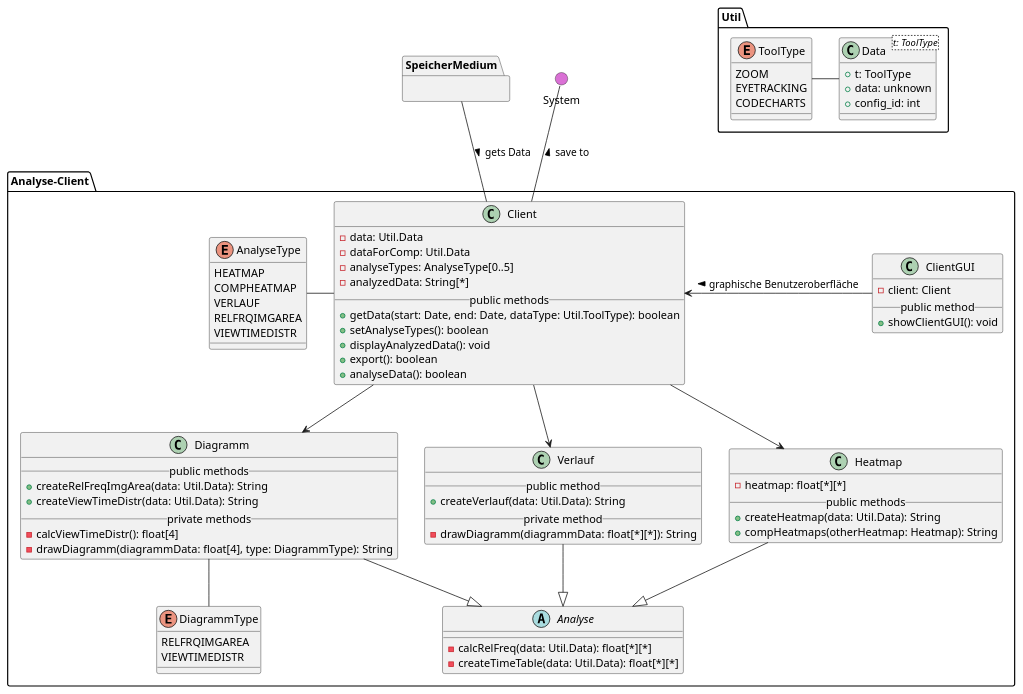
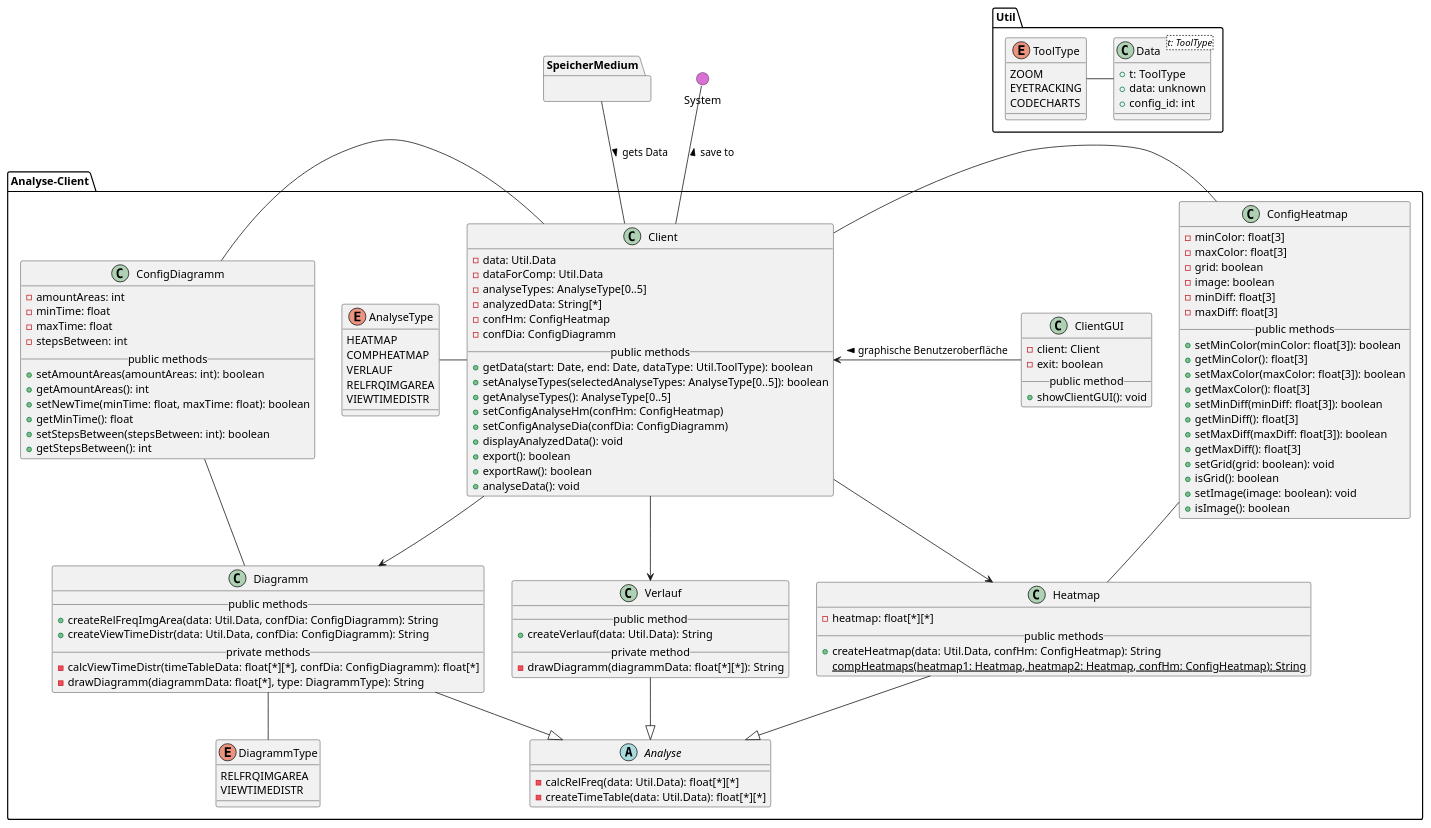
One commit to weichware-10/dokumente changed the diagram in uml-class/analyseclient/analyseclient.puml. Above: the diagram before and after it, drawn with PlantUML. The commit also changed 21 other files, not shown here.

First line of the commit message:
Änderungen Analyseclient UML & CRC (#7)

```diff
--- a/uml-class/analyseclient/analyseclient.puml
+++ b/uml-class/analyseclient/analyseclient.puml
@@ -1,118 +1,167 @@
 @startuml analyseclient
 
 ' === ANALYSE CLIENT ===
 package Analyse-Client{
 
     ' Client
     class Client {
         - data: Util.Data
         - dataForComp: Util.Data
         - analyseTypes: AnalyseType[0..5]
         - analyzedData: String[*]
+        - confHm: ConfigHeatmap
+        - confDia: ConfigDiagramm
         __public methods__
         + getData(start: Date, end: Date, dataType: Util.ToolType): boolean
-        + setAnalyseTypes(): boolean
+        + setAnalyseTypes(selectedAnalyseTypes: AnalyseType[0..5]): boolean
+        + getAnalyseTypes(): AnalyseType[0..5]
+        + setConfigAnalyseHm(confHm: ConfigHeatmap)
+        + setConfigAnalyseDia(confDia: ConfigDiagramm)
         + displayAnalyzedData(): void
         + export(): boolean
-        + analyseData(): boolean
+        + exportRaw(): boolean
+        + analyseData(): void
     }
 
     ' Analyse
     abstract Analyse {
         - calcRelFreq(data: Util.Data): float[*][*]
         - createTimeTable(data: Util.Data): float[*][*]
     }
 
     ' Heatmap
     class Heatmap {
         - heatmap: float[*][*]
         __public methods__
-        + createHeatmap(data: Util.Data): String
-        + compHeatmaps(otherHeatmap: Heatmap): String
+        + createHeatmap(data: Util.Data, confHm: ConfigHeatmap): String
+        {static} compHeatmaps(heatmap1: Heatmap, heatmap2: Heatmap, confHm: ConfigHeatmap): String
     }
 
     ' Verlauf
     class Verlauf {
         __public method__
         + createVerlauf(data: Util.Data): String
         __private method__
         - drawDiagramm(diagrammData: float[*][*]): String
     }
 
     ' Diagramm
     class Diagramm {
         __public methods__
-        + createRelFreqImgArea(data: Util.Data): String
-        + createViewTimeDistr(data: Util.Data): String
+        + createRelFreqImgArea(data: Util.Data, confDia: ConfigDiagramm): String
+        + createViewTimeDistr(data: Util.Data, confDia: ConfigDiagramm): String
         __private methods__
-        - calcViewTimeDistr(): float[4]
-        - drawDiagramm(diagrammData: float[4], type: DiagrammType): String
+        - calcViewTimeDistr(timeTableData: float[*][*], confDia: ConfigDiagramm): float[*]
+        - drawDiagramm(diagrammData: float[*], type: DiagrammType): String
+    }
+
+    ' ConfigDiagramm
+    class ConfigDiagramm {
+        - amountAreas: int
+        - minTime: float
+        - maxTime: float
+        - stepsBetween: int
+        __public methods__
+        + setAmountAreas(amountAreas: int): boolean
+        + getAmountAreas(): int
+        + setNewTime(minTime: float, maxTime: float): boolean
+        + getMinTime(): float
+        + setStepsBetween(stepsBetween: int): boolean
+        + getStepsBetween(): int
+    }
+
+    ' ConfigHeatmap
+    class ConfigHeatmap {
+        - minColor: float[3]
+        - maxColor: float[3]
+        - grid: boolean
+        - image: boolean
+        - minDiff: float[3]
+        - maxDiff: float[3]
+        __public methods__
+        + setMinColor(minColor: float[3]): boolean
+        + getMinColor(): float[3]
+        + setMaxColor(maxColor: float[3]): boolean
+        + getMaxColor(): float[3]
+        + setMinDiff(minDiff: float[3]): boolean
+        + getMinDiff(): float[3]
+        + setMaxDiff(maxDiff: float[3]): boolean
+        + getMaxDiff(): float[3]
+        + setGrid(grid: boolean): void
+        + isGrid(): boolean
+        + setImage(image: boolean): void
+        + isImage(): boolean
     }
 
     ' DiagrammType
     enum DiagrammType {
         RELFRQIMGAREA
-        VIEWTIMEDISTR
+        VIEWTIMEDISTR 
     }
 
     ' Type
     enum AnalyseType {
         HEATMAP
         COMPHEATMAP
         VERLAUF
         RELFRQIMGAREA
         VIEWTIMEDISTR
     }
 
     ' ClientGUI
     class ClientGUI {
         - client: Client
+        - exit: boolean
         __public method__
         + showClientGUI(): void
     }
 
     ' Vererbung
     Analyse <|-u- Heatmap
     Analyse <|-u- Verlauf
     Analyse <|-u- Diagramm
 
     ' Interaktionen
     Client -d-> Heatmap
     Client -d-> Verlauf
     Client -d-> Diagramm
     Client -l- AnalyseType
     Client <-r- ClientGUI : < graphische Benutzeroberfläche
     Diagramm -- DiagrammType
+    ConfigDiagramm -- Diagramm
+    ConfigDiagramm -r- Client
+    ConfigHeatmap -- Heatmap
+    ConfigHeatmap -l- Client
 
 }
 
 ' Blackbox
 package SpeicherMedium {}
 
 package Util {
 
     ' Typen der erhobenen Daten
     enum ToolType {
         ZOOM
         EYETRACKING
         CODECHARTS
     }
 
     ' Daten
     class Data<t: ToolType> {
         + t: ToolType
         + data: unknown
         + config_id: int
     }
 
     ' Interaktionen
     Data -l- ToolType
 }
 
 () System #DA70D5
 
 ' Interaktionen
 Client -u- System: > save to
 Client -u- SpeicherMedium : < gets Data
 
 @enduml
```
